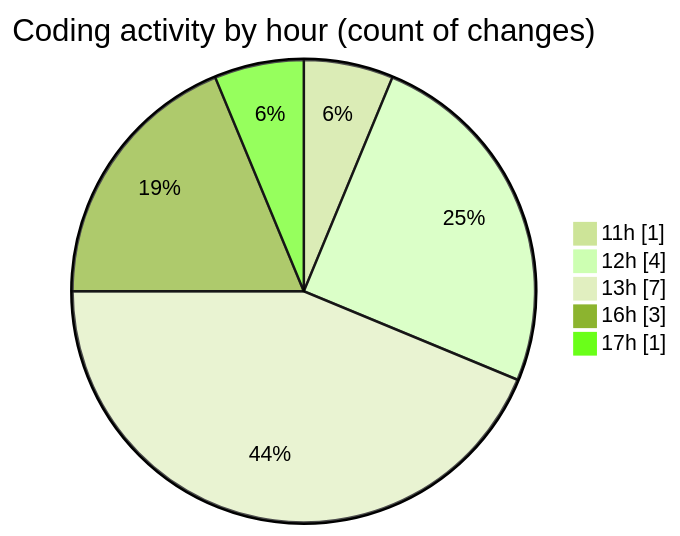
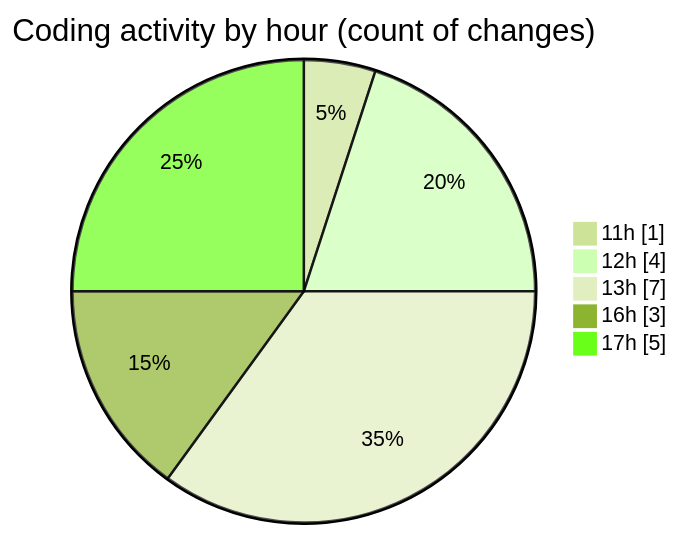
One commit to nxtqubesakshisongat/code-tracking changed the second of 2 diagrams in 2026-05-12/nxtqube_webapp/README.md. Above: the diagram before and after it, drawn with Mermaid (forest theme). The commit also changed other lines of this file and 1 other file, not shown here.

````diff
--- a/2026-05-12/nxtqube_webapp/README.md
+++ b/2026-05-12/nxtqube_webapp/README.md
@@ -31,9 +31,9 @@
 ```mermaid
 pie showData
 title Coding activity by hour (count of changes)
 "11h" : 1
 "12h" : 4
 "13h" : 7
 "16h" : 3
-"17h" : 1
+"17h" : 5
 ```
````
